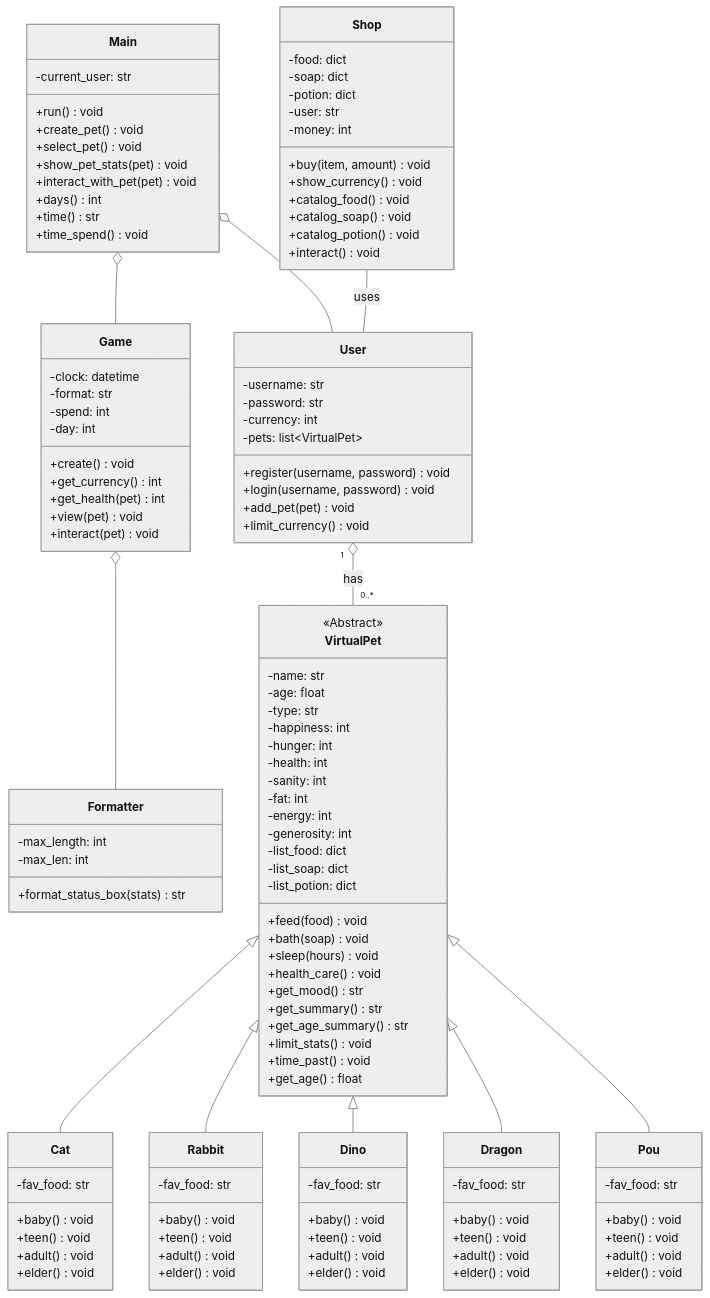
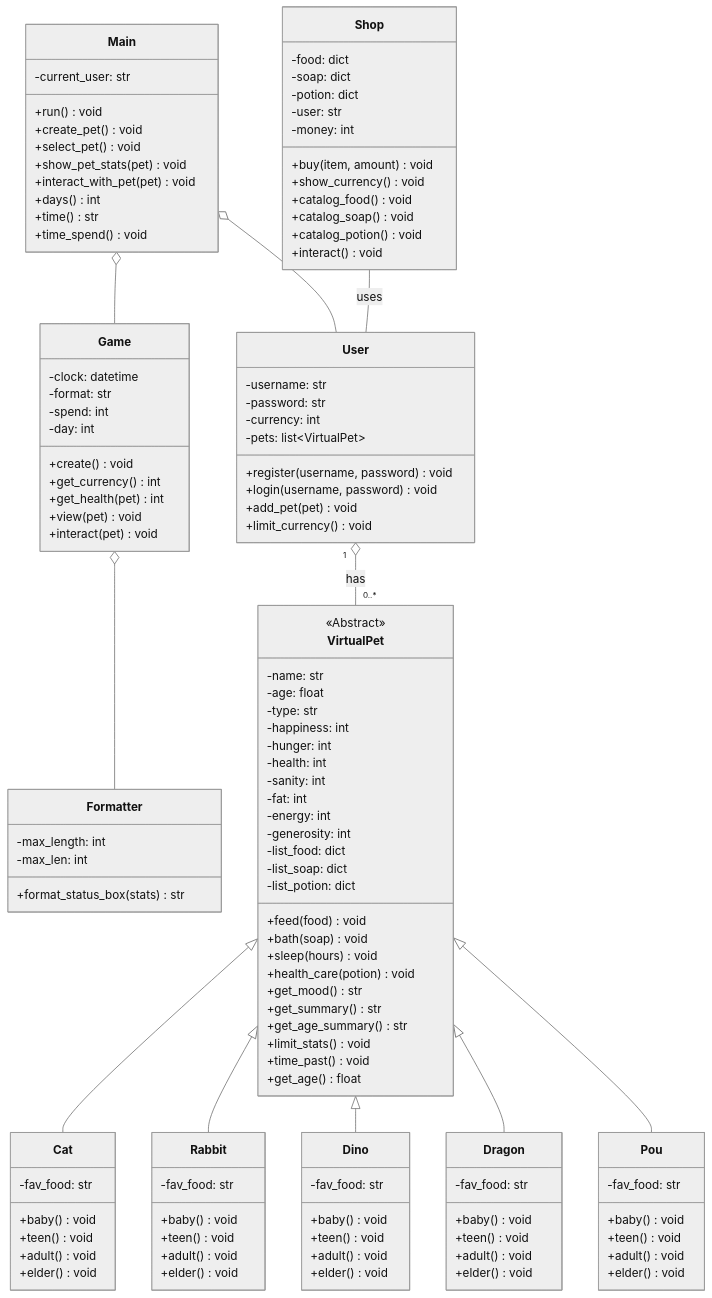
One commit to Jess2Jes/Virtual-Pet-Game changed the diagram in READMECN.md. Above: the diagram before and after it, drawn with Mermaid (neutral theme).

```diff
--- a/READMECN.md
+++ b/READMECN.md
@@ -150,7 +150,7 @@
         +feed(food) void
         +bath(soap) void
         +sleep(hours) void
-        +health_care() void
+        +health_care(potion) void
         +get_mood() str
         +get_summary() str
         +get_age_summary() str
```
